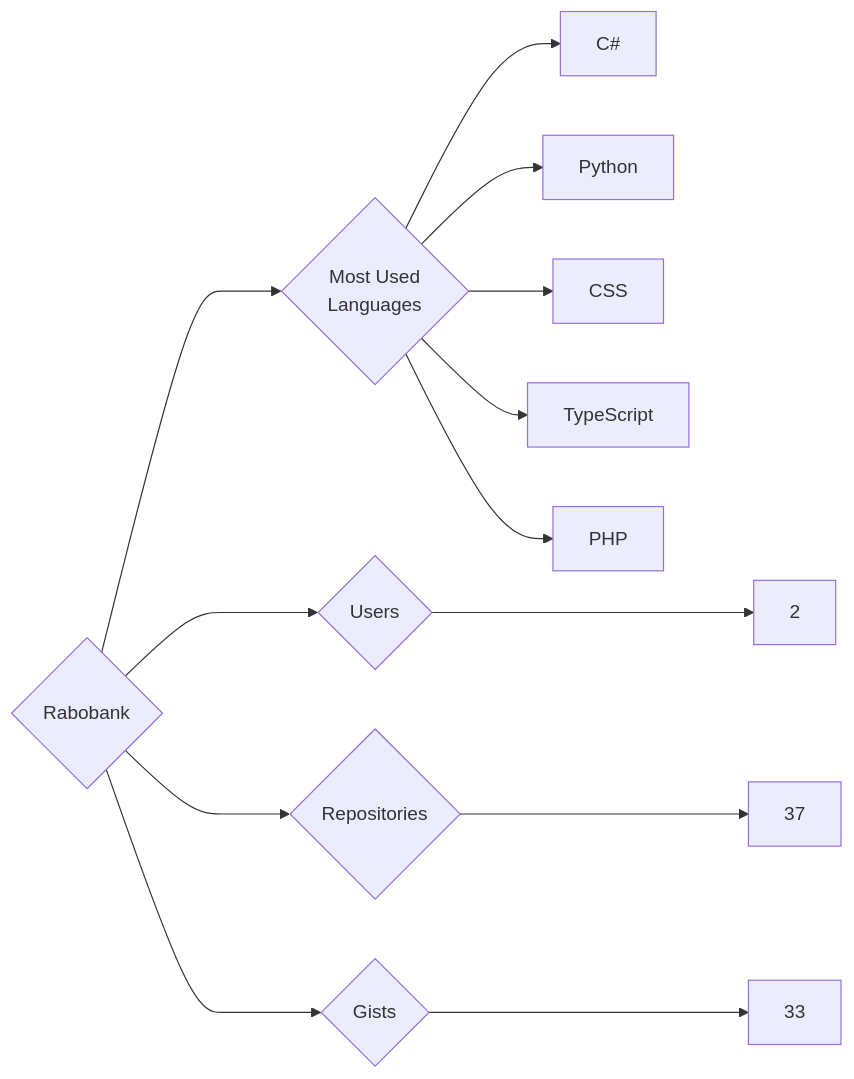
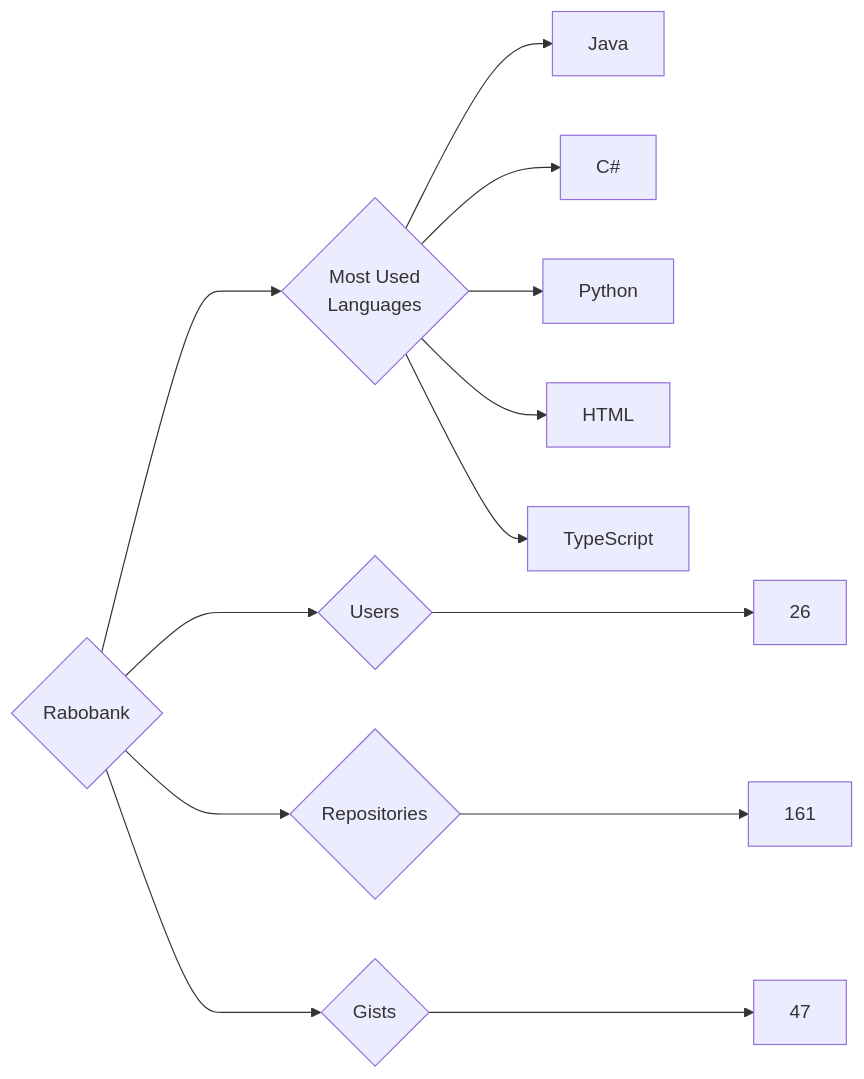
One commit to trickest/insiders changed the diagram in targets/Rabobank/README.md. Above: the diagram before and after it, drawn with Mermaid. The commit also changed 969 other files, not shown here.

````diff
--- a/targets/Rabobank/README.md
+++ b/targets/Rabobank/README.md
@@ -3,13 +3,13 @@
 ```mermaid
 graph LR
 COMPANY_NAME{Rabobank}
-COMPANY_NAME ---> U{Users} ---> UN[2]
-COMPANY_NAME ---> R{Repositories} ---> RN[37]
-COMPANY_NAME ---> G{Gists} ---> GN[33]
+COMPANY_NAME ---> U{Users} ---> UN[26]
+COMPANY_NAME ---> R{Repositories} ---> RN[161]
+COMPANY_NAME ---> G{Gists} ---> GN[47]
 COMPANY_NAME ---> ML{Most Used<br>Languages}
+ML --> Java[Java]
 ML --> C#[C#]
 ML --> Python[Python]
-ML --> CSS[CSS]
+ML --> HTML[HTML]
 ML --> TypeScript[TypeScript]
-ML --> PHP[PHP]
 ```
````
